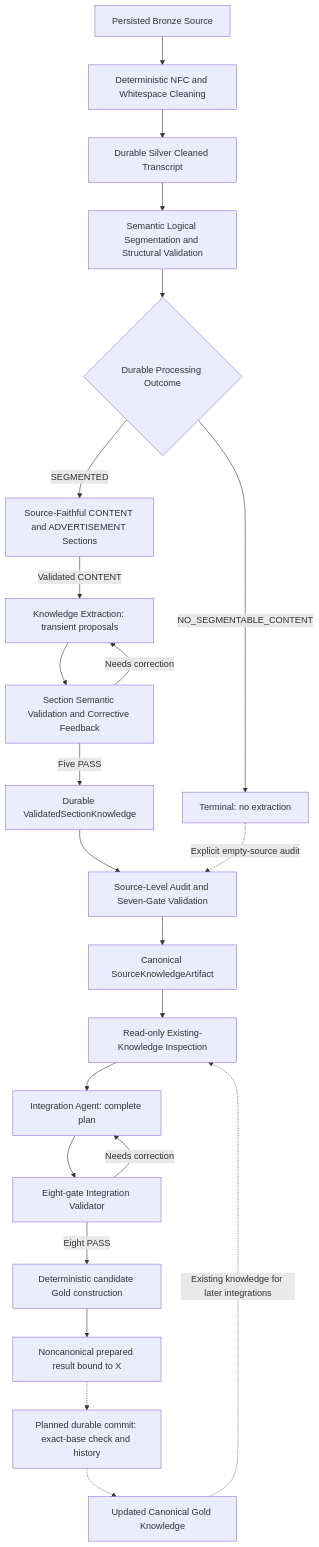
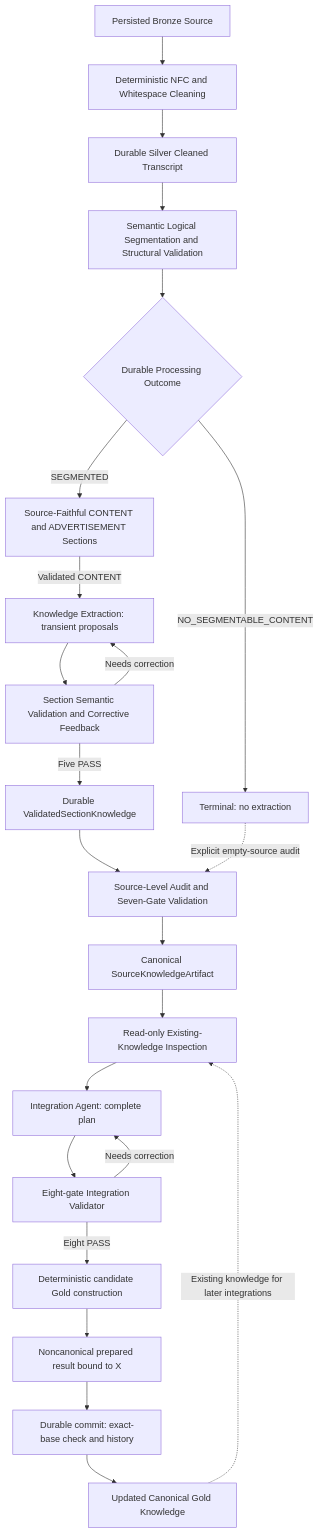
The second of 9 diagrams in docs/architecture.md (alexander-rewitzer/league-knowledge-platform), drawn with Mermaid before and after one commit. The commit also changed other lines of this file and 11 other files, not shown here.

Commit message:
Add durable Gold integration commit, history and replay

````diff
--- a/docs/architecture.md
+++ b/docs/architecture.md
@@ -78,25 +78,25 @@
 ```mermaid
 flowchart TD
     S["Persisted Bronze Source"] --> B["Deterministic NFC and Whitespace Cleaning"]
     B --> SC["Durable Silver Cleaned Transcript"]
     SC --> LS["Semantic Logical Segmentation and Structural Validation"]
     LS --> SR{"Durable Processing Outcome"}
     SR -- SEGMENTED --> SS["Source-Faithful CONTENT and ADVERTISEMENT Sections"]
     SR -- NO_SEGMENTABLE_CONTENT --> NS["Terminal: no extraction"]
     SS -- "Validated CONTENT" --> E["Knowledge Extraction: transient proposals"]
     E --> V["Section Semantic Validation and Corrective Feedback"]
     V -- "Needs correction" --> E
     V -- "Five PASS" --> CP["Durable ValidatedSectionKnowledge"]
     CP --> AU["Source-Level Audit and Seven-Gate Validation"]
     AU --> SK["Canonical SourceKnowledgeArtifact"]
     NS -. "Explicit empty-source audit" .-> AU
     SK --> K["Read-only Existing-Knowledge Inspection"]
     K --> I["Integration Agent: complete plan"]
     I --> A["Eight-gate Integration Validator"]
     A -- "Needs correction" --> I
     A -- "Eight PASS" --> W["Deterministic candidate Gold construction"]
     W --> P["Noncanonical prepared result bound to X"]
-    P -.-> C["Planned durable commit: exact-base check and history"]
-    C -.-> G["Updated Canonical Gold Knowledge"]
+    P --> C["Durable commit: exact-base check and history"]
+    C --> G["Updated Canonical Gold Knowledge"]
     G -. "Existing knowledge for later integrations" .-> K
 ```
````
